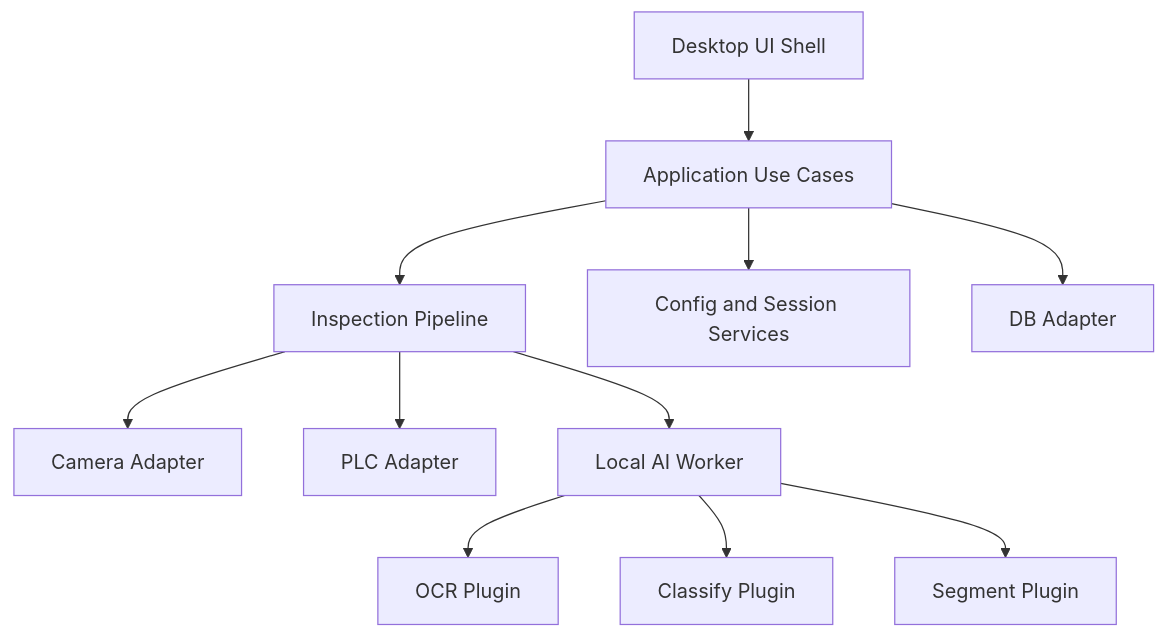
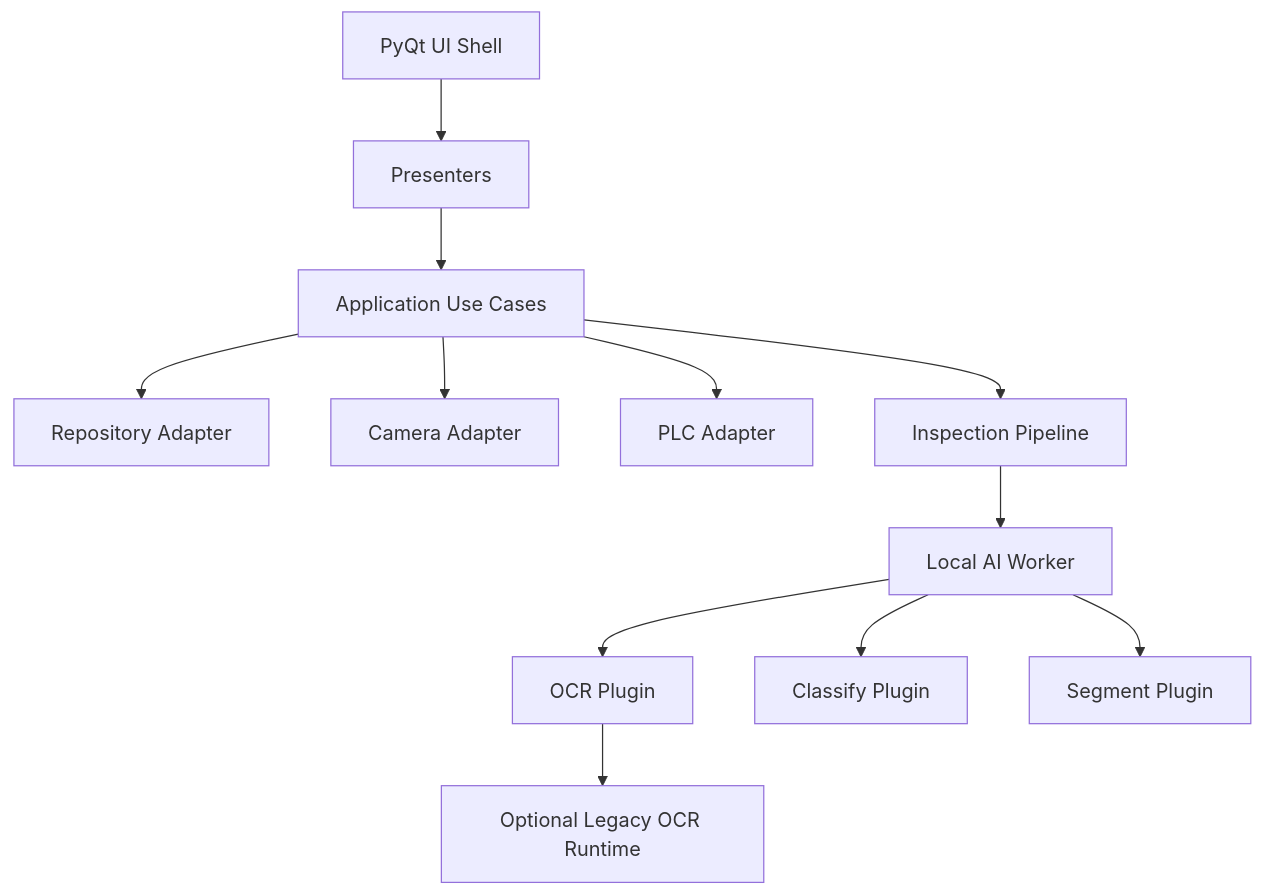
The first of 2 diagrams in DRB-OCR-AI-V2/README.md (noreplyahso/OCR-AI), drawn with Mermaid before and after one commit. The commit also changed other lines of this file and 47 other files, not shown here.

````diff
--- a/DRB-OCR-AI-V2/README.md
+++ b/DRB-OCR-AI-V2/README.md
@@ -53,13 +46,14 @@
 ```mermaid
 flowchart TD
-    A[Desktop UI Shell] --> B[Application Use Cases]
-    B --> C[Inspection Pipeline]
-    B --> D[Config and Session Services]
-    C --> E[Camera Adapter]
-    C --> F[PLC Adapter]
-    C --> G[Local AI Worker]
-    G --> H[OCR Plugin]
-    G --> I[Classify Plugin]
-    G --> J[Segment Plugin]
-    B --> K[DB Adapter]
+    UI[PyQt UI Shell] --> Presenter[Presenters]
+    Presenter --> UseCases[Application Use Cases]
+    UseCases --> Repo[Repository Adapter]
+    UseCases --> Camera[Camera Adapter]
+    UseCases --> PLC[PLC Adapter]
+    UseCases --> Pipeline[Inspection Pipeline]
+    Pipeline --> Worker[Local AI Worker]
+    Worker --> OCR[OCR Plugin]
+    Worker --> Classify[Classify Plugin]
+    Worker --> Segment[Segment Plugin]
+    OCR --> Legacy[Optional Legacy OCR Runtime]
 ```
````
